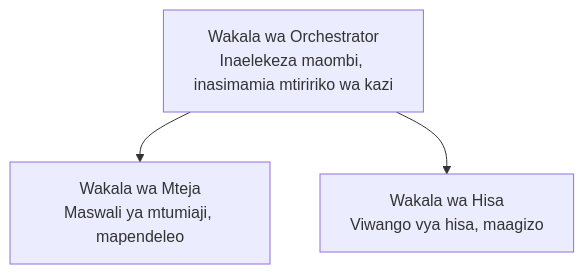
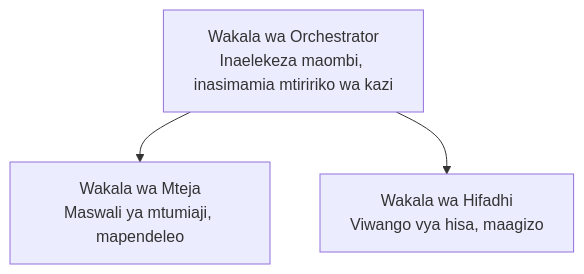
Before and after one commit to microsoft/AZD-for-beginners: the diagram in translations/sw/docs/chapter-05-multi-agent/README.md, drawn with Mermaid. The commit also changed other lines of this file and 101 other files, not shown here.

````diff
--- a/translations/sw/docs/chapter-05-multi-agent/README.md
+++ b/translations/sw/docs/chapter-05-multi-agent/README.md
@@ -50,5 +52,5 @@
 ```mermaid
 graph TD
     Orchestrator[Wakala wa Orchestrator<br/>Inaelekeza maombi, inasimamia mtiririko wa kazi] --> Customer[Wakala wa Mteja<br/>Maswali ya mtumiaji, mapendeleo]
-    Orchestrator --> Inventory[Wakala wa Hisa<br/>Viwango vya hisa, maagizo]
+    Orchestrator --> Inventory[Wakala wa Hifadhi<br/>Viwango vya hisa, maagizo]
 ```
````
